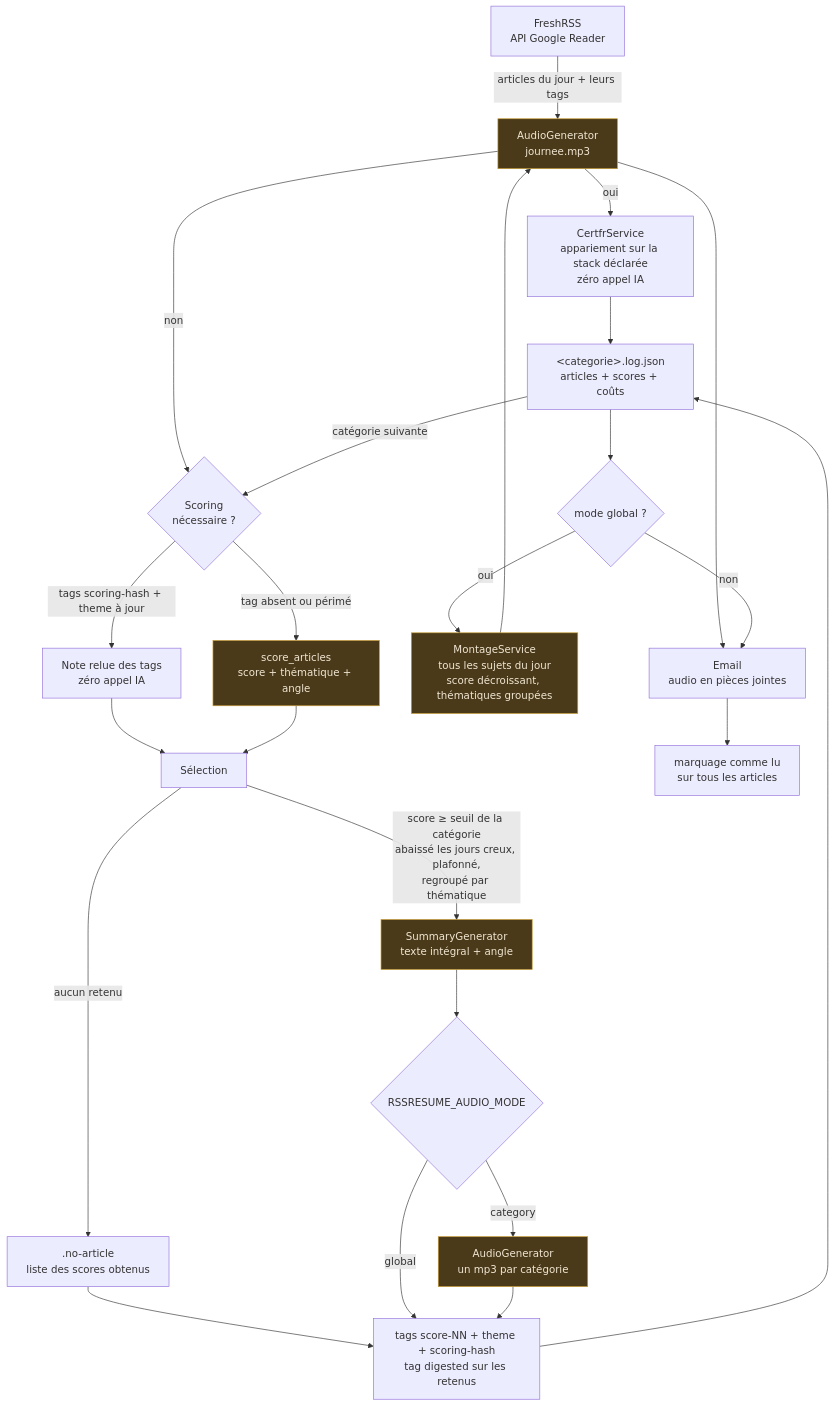
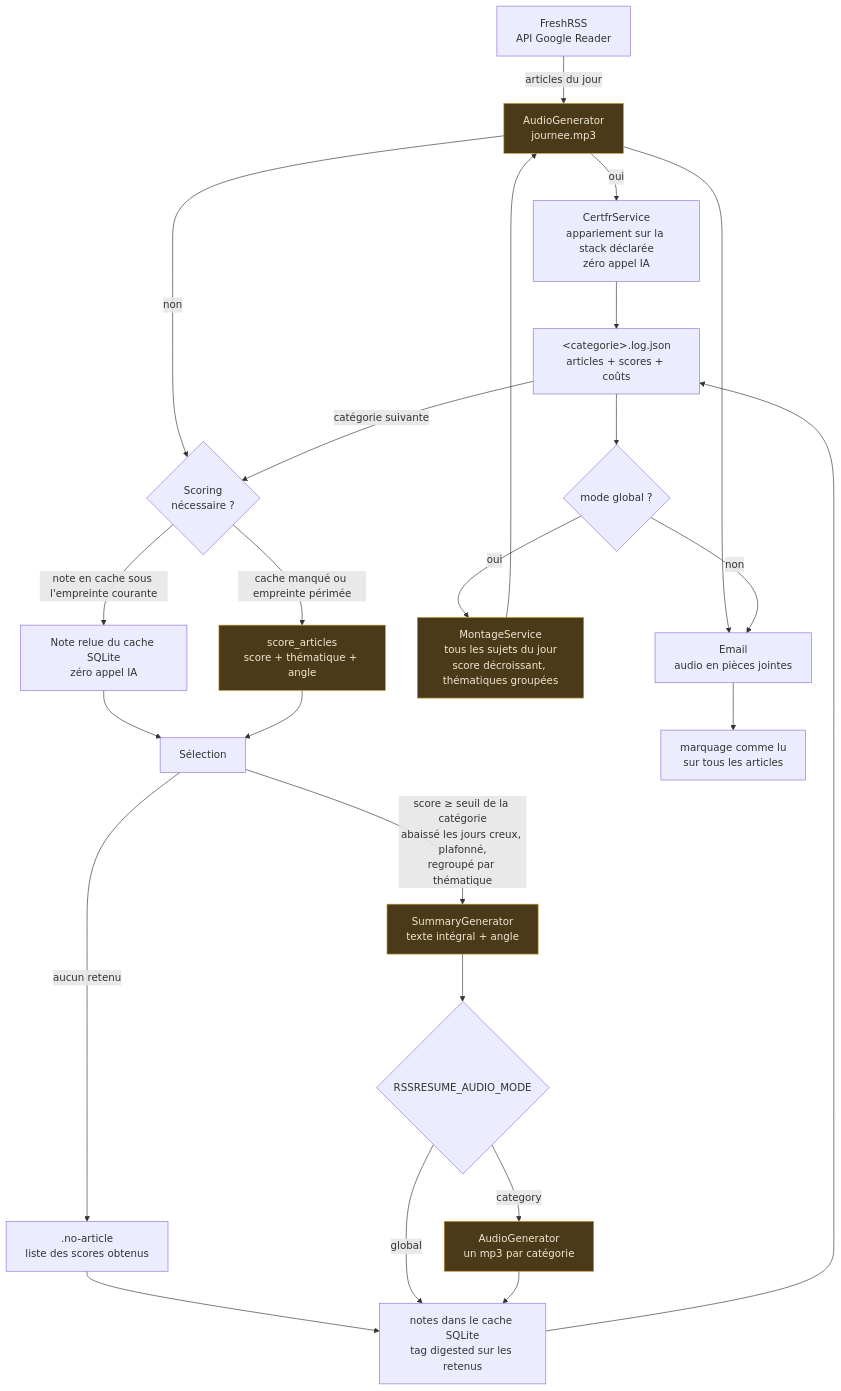
Before and after one commit to odrix/RSSResume: the diagram in FONCTIONNEMENT.md, drawn with Mermaid. The commit also changed other lines of this file and 12 other files, not shown here.

````diff
--- a/FONCTIONNEMENT.md
+++ b/FONCTIONNEMENT.md
@@ -8,36 +8,36 @@
 ```mermaid
 flowchart TD
-    A[FreshRSS<br/>API Google Reader] -->|articles du jour + leurs tags| R{Catégorie routée ?<br/>RSSRESUME_CERTFR_CATEGORIES}
+    A[FreshRSS<br/>API Google Reader] -->|articles du jour| R{Catégorie routée ?<br/>RSSRESUME_CERTFR_CATEGORIES}
 
     R -->|oui| S["CertfrService<br/>appariement sur la stack déclarée<br/>zéro appel IA"]
     S --> J
     R -->|non| B{Scoring<br/>nécessaire ?}
 
-    B -->|tags scoring-hash + theme à jour| C[Note relue des tags<br/>zéro appel IA]
-    B -->|tag absent ou périmé| D[score_articles<br/>score + thématique + angle]
+    B -->|note en cache sous l'empreinte courante| C[Note relue du cache SQLite<br/>zéro appel IA]
+    B -->|cache manqué ou empreinte périmée| D[score_articles<br/>score + thématique + angle]
 
     C --> E[Sélection]
     D --> E
 
     E -->|score ≥ seuil de la catégorie<br/>abaissé les jours creux, plafonné,<br/>regroupé par thématique| F[SummaryGenerator<br/>texte intégral + angle]
     E -->|aucun retenu| N[".no-article<br/>liste des scores obtenus"]
     N --> T
     F --> M{RSSRESUME_AUDIO_MODE}
     M -->|category| G[AudioGenerator<br/>un mp3 par catégorie]
     M -->|global| T
-    G --> T[tags score-NN + theme + scoring-hash<br/>tag digested sur les retenus]
+    G --> T[notes dans le cache SQLite<br/>tag digested sur les retenus]
     T --> J["&lt;categorie&gt;.log.json<br/>articles + scores + coûts"]
     J -->|catégorie suivante| B
     J --> P{mode global ?}
     P -->|oui| Q[MontageService<br/>tous les sujets du jour<br/>score décroissant, thématiques groupées]
     Q --> R[AudioGenerator<br/>journee.mp3]
     R --> H
     P -->|non| H[Email<br/>audio en pièces jointes]
     H --> L[marquage comme lu<br/>sur tous les articles]
 
     style D fill:#4a3a1a,stroke:#c99a2e,color:#f0e6d2
     style F fill:#4a3a1a,stroke:#c99a2e,color:#f0e6d2
     style G fill:#4a3a1a,stroke:#c99a2e,color:#f0e6d2
     style Q fill:#4a3a1a,stroke:#c99a2e,color:#f0e6d2
     style R fill:#4a3a1a,stroke:#c99a2e,color:#f0e6d2
 ```
````
